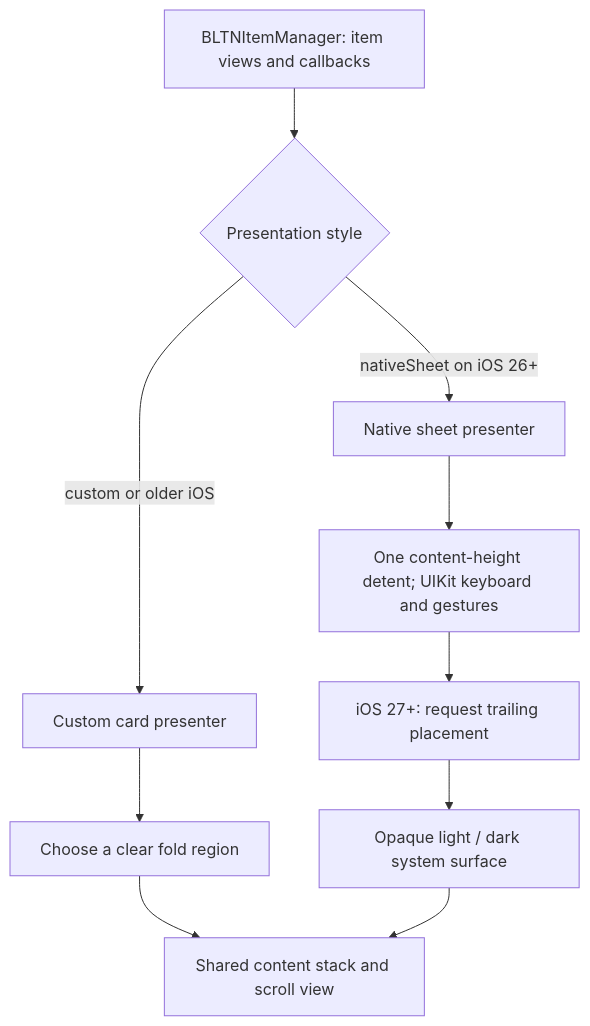
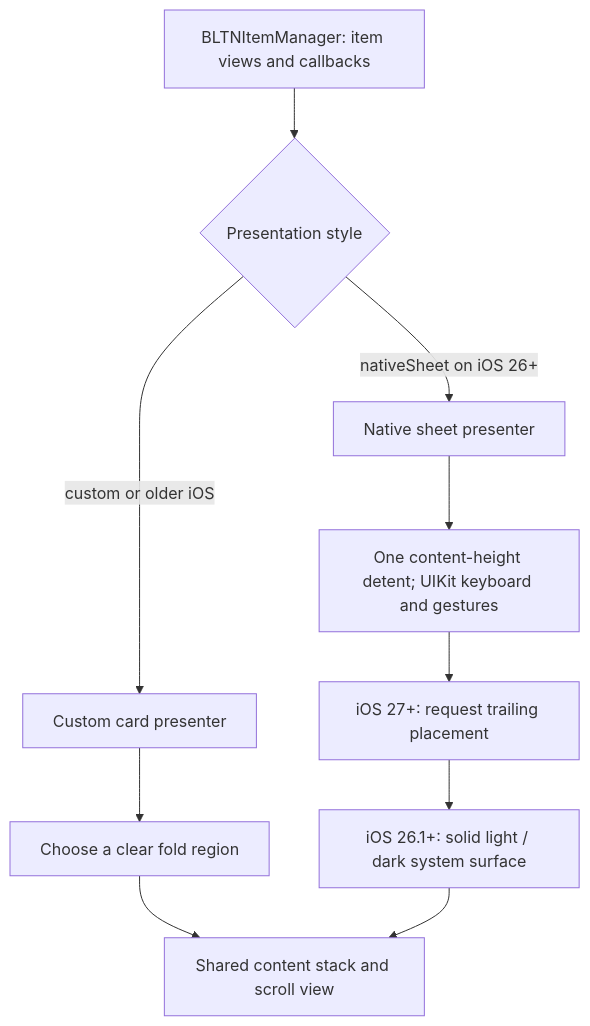
Before and after one commit to LambdaDigamma/BulletinBoard: the first of 2 diagrams in guides/Adaptive Layout.md, drawn with Mermaid. The commit also changed other lines of this file and 7 other files, not shown here.

Commit message:
fix: use a solid native sheet surface and adaptive loading color

````diff
--- a/guides/Adaptive Layout.md
+++ b/guides/Adaptive Layout.md
@@ -11,12 +11,12 @@
 ```mermaid
 flowchart TD
     Manager[BLTNItemManager: item views and callbacks] --> Choice{Presentation style}
     Choice -->|custom or older iOS| Custom[Custom card presenter]
     Choice -->|nativeSheet on iOS 26+| Native[Native sheet presenter]
     Custom --> Regions[Choose a clear fold region]
     Native --> UIKit[One content-height detent; UIKit keyboard and gestures]
     UIKit --> Placement[iOS 27+: request trailing placement]
     Regions --> Content[Shared content stack and scroll view]
-    Placement --> Surface[Opaque light / dark system surface]
+    Placement --> Surface[iOS 26.1+: solid light / dark system surface]
     Surface --> Content
 ```
````
